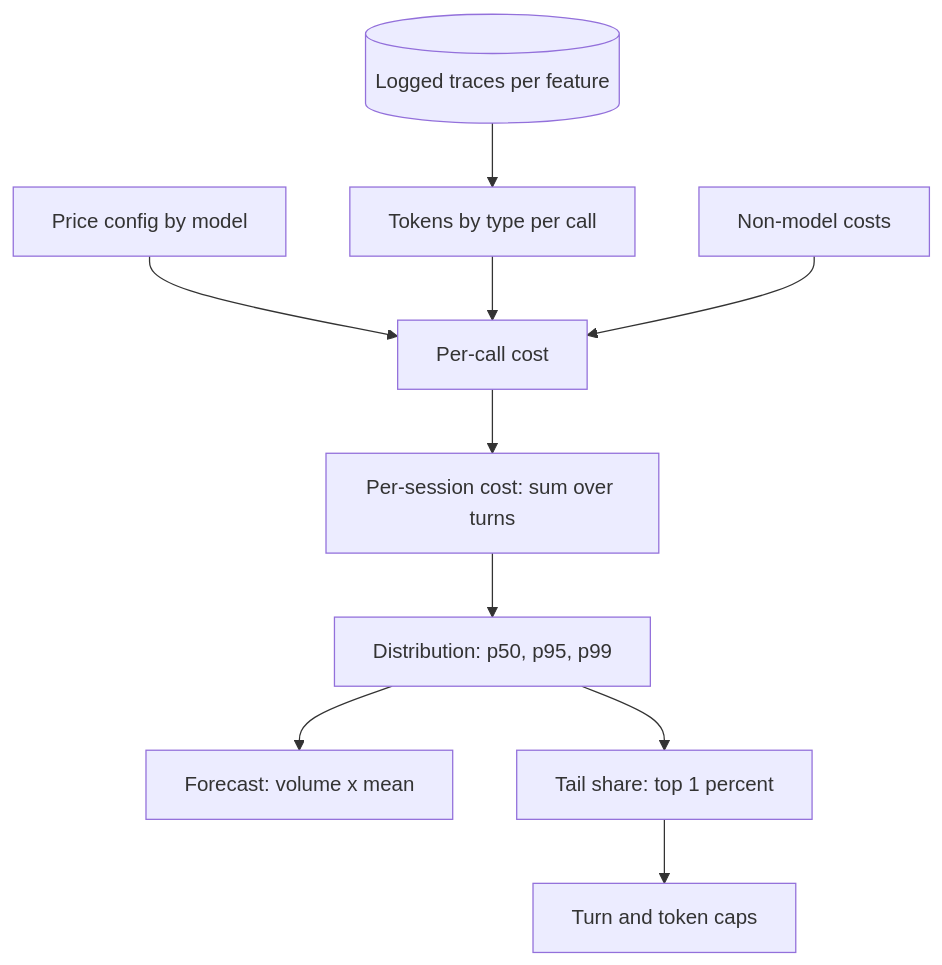
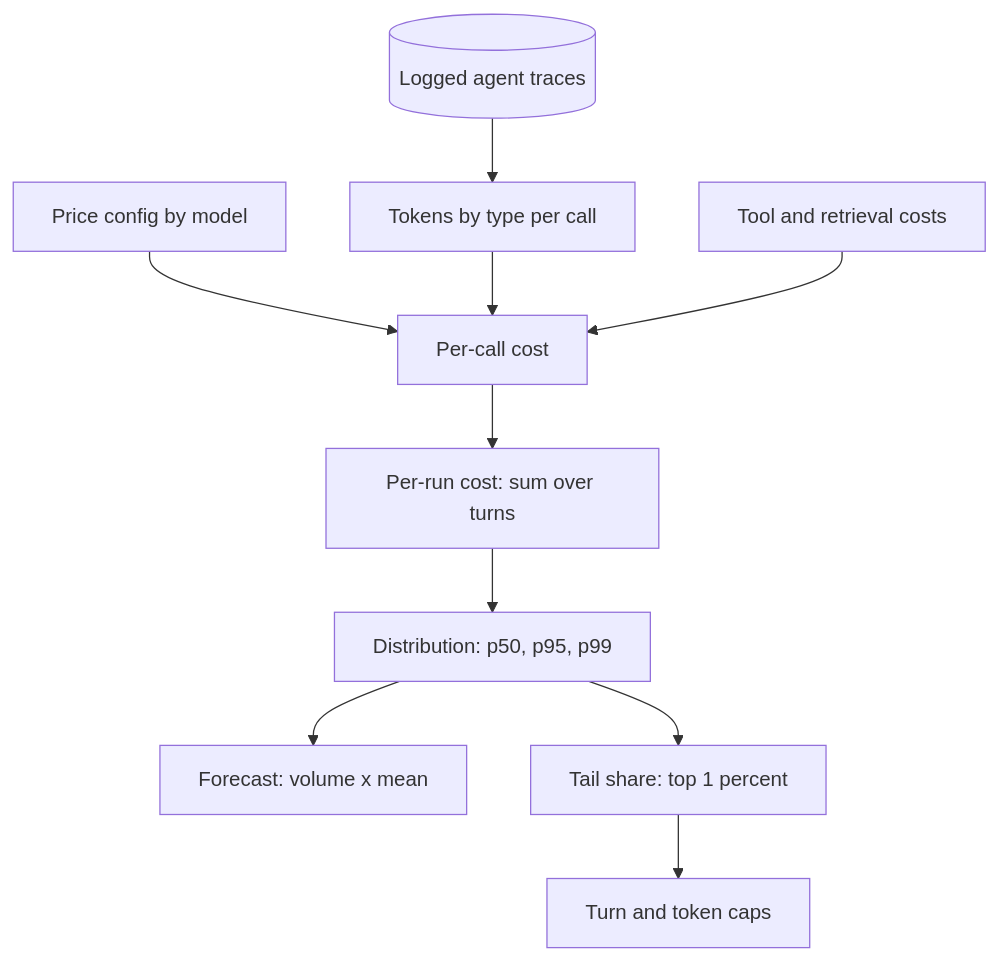
One commit to lovishmahajan97/agentic-learning changed the diagram in content/infra-capacity-economics/cost-modeling.md. Above: the diagram before and after it, drawn with Mermaid. The commit also changed other lines of this file and 485 other files, not shown here.

````diff
--- a/content/infra-capacity-economics/cost-modeling.md
+++ b/content/infra-capacity-economics/cost-modeling.md
@@ -107,12 +125,12 @@
 ```mermaid
 flowchart TD
-    T[("Logged traces per feature")] --> K["Tokens by type per call"]
+    T[("Logged agent traces")] --> K["Tokens by type per call"]
     P["Price config by model"] --> C["Per-call cost"]
     K --> C
-    N["Non-model costs"] --> C
-    C --> S["Per-session cost: sum over turns"]
+    N["Tool and retrieval costs"] --> C
+    C --> S["Per-run cost: sum over turns"]
     S --> D["Distribution: p50, p95, p99"]
     D --> F["Forecast: volume x mean"]
     D --> R["Tail share: top 1 percent"]
     R --> L["Turn and token caps"]
 ```
````
